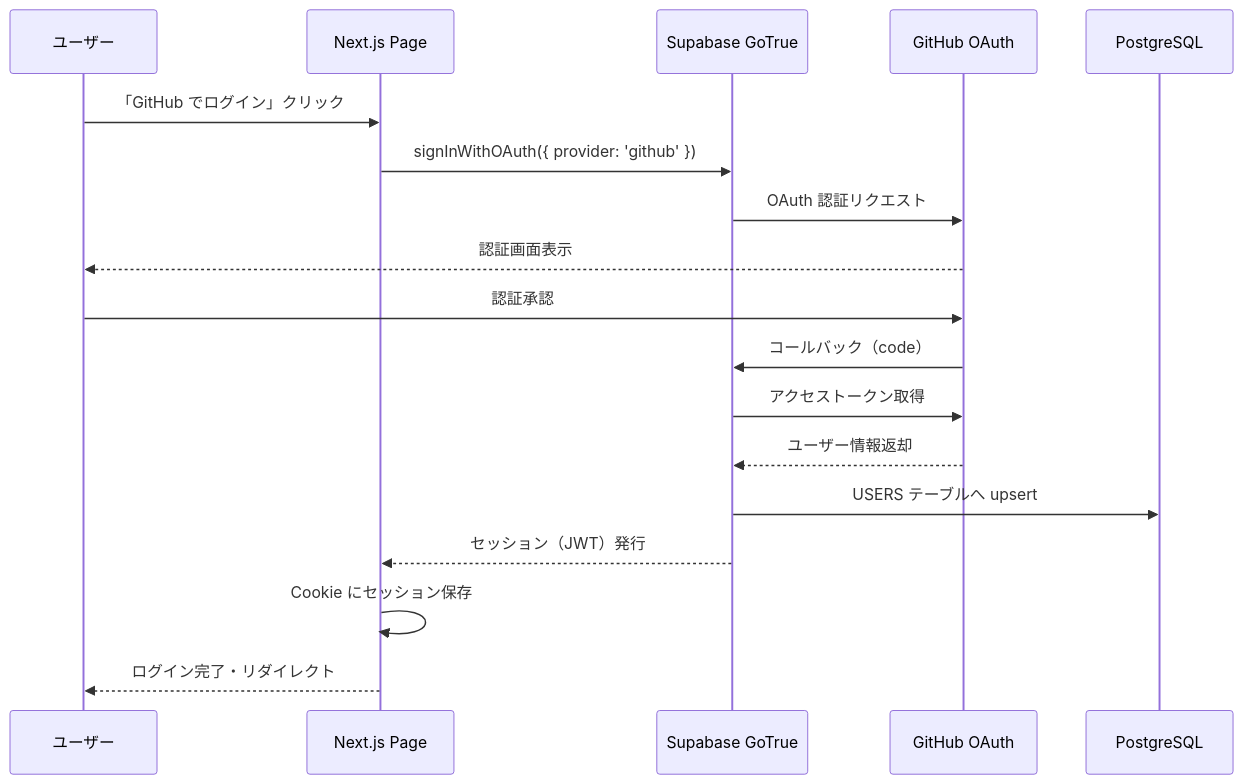
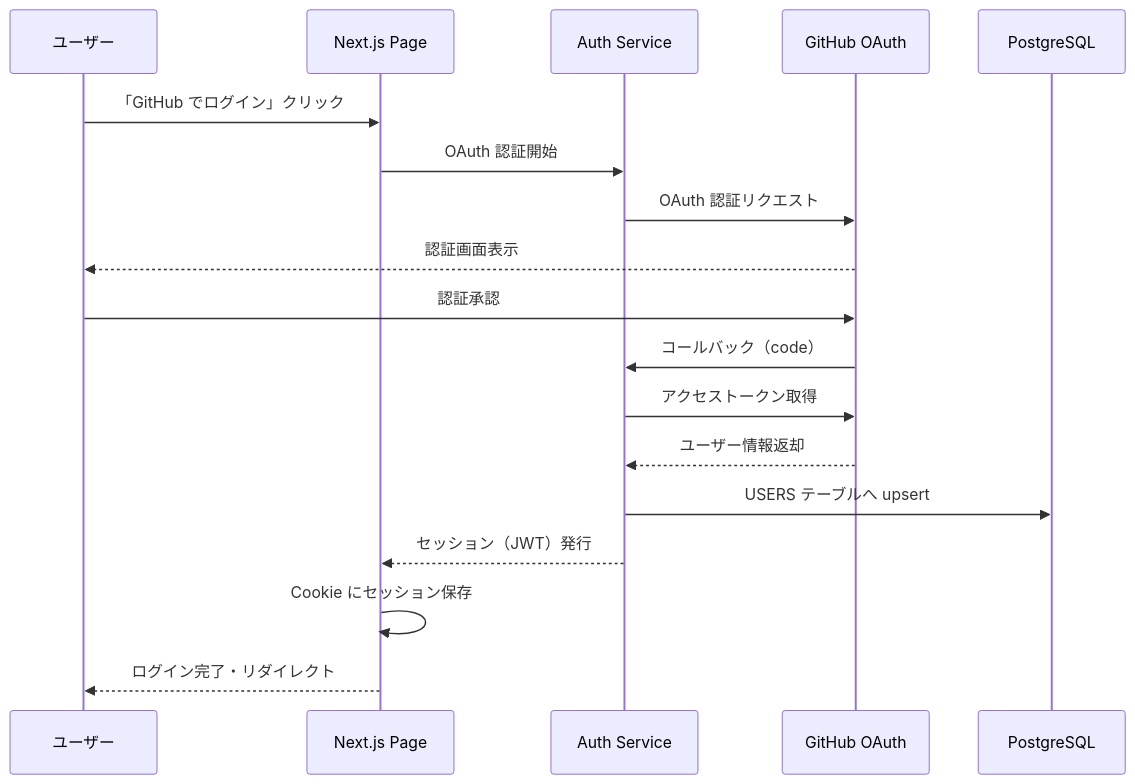
Before and after one commit to techub-organization/tech-atrium-wiki: the seventh of 7 diagrams in docs/specs/design.md, drawn with Mermaid. The commit also changed other lines of this file, not shown here.

Commit message:
docs: update design doc for multi-deploy architecture and fix React version / ドキュメント: 複数デプロイ構成の設計書に更新しReact 19をReact 18.2に修正

````diff
--- a/docs/specs/design.md
+++ b/docs/specs/design.md
@@ -395,21 +476,21 @@
 ```mermaid
 sequenceDiagram
     participant User as ユーザー
     participant Next as Next.js Page
-    participant GoTrue as Supabase GoTrue
+    participant Auth as Auth Service
     participant GitHub as GitHub OAuth
     participant DB as PostgreSQL
 
     User->>Next: 「GitHub でログイン」クリック
-    Next->>GoTrue: signInWithOAuth({ provider: 'github' })
-    GoTrue->>GitHub: OAuth 認証リクエスト
+    Next->>Auth: OAuth 認証開始
+    Auth->>GitHub: OAuth 認証リクエスト
     GitHub-->>User: 認証画面表示
     User->>GitHub: 認証承認
-    GitHub->>GoTrue: コールバック（code）
-    GoTrue->>GitHub: アクセストークン取得
-    GitHub-->>GoTrue: ユーザー情報返却
-    GoTrue->>DB: USERS テーブルへ upsert
-    GoTrue-->>Next: セッション（JWT）発行
+    GitHub->>Auth: コールバック（code）
+    Auth->>GitHub: アクセストークン取得
+    GitHub-->>Auth: ユーザー情報返却
+    Auth->>DB: USERS テーブルへ upsert
+    Auth-->>Next: セッション（JWT）発行
     Next->>Next: Cookie にセッション保存
     Next-->>User: ログイン完了・リダイレクト
 ```
````
